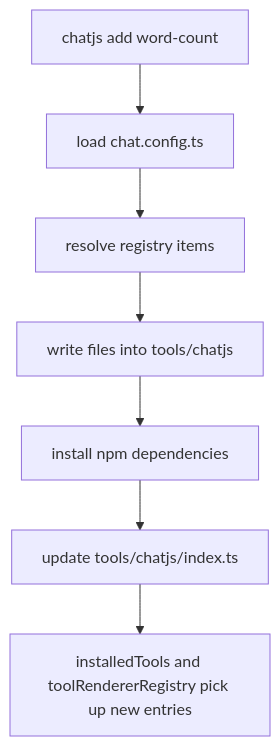
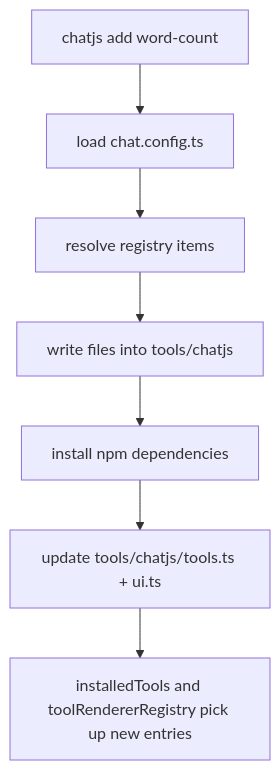
The first of 2 diagrams in apps/docs/cookbook/add-tools.mdx (warklp/chat-js), drawn with Mermaid before and after one commit. The commit also changed other lines of this file and 18 other files, not shown here.

````diff
--- a/apps/docs/cookbook/add-tools.mdx
+++ b/apps/docs/cookbook/add-tools.mdx
@@ -44,9 +44,9 @@
 ```mermaid
 flowchart TD
   A["chatjs add word-count"] --> B["load chat.config.ts"]
   B --> C["resolve registry items"]
   C --> D["write files into tools/chatjs"]
   D --> E["install npm dependencies"]
-  E --> F["update tools/chatjs/index.ts"]
+  E --> F["update tools/chatjs/tools.ts + ui.ts"]
   F --> G["installedTools and toolRendererRegistry pick up new entries"]
 ```
````
